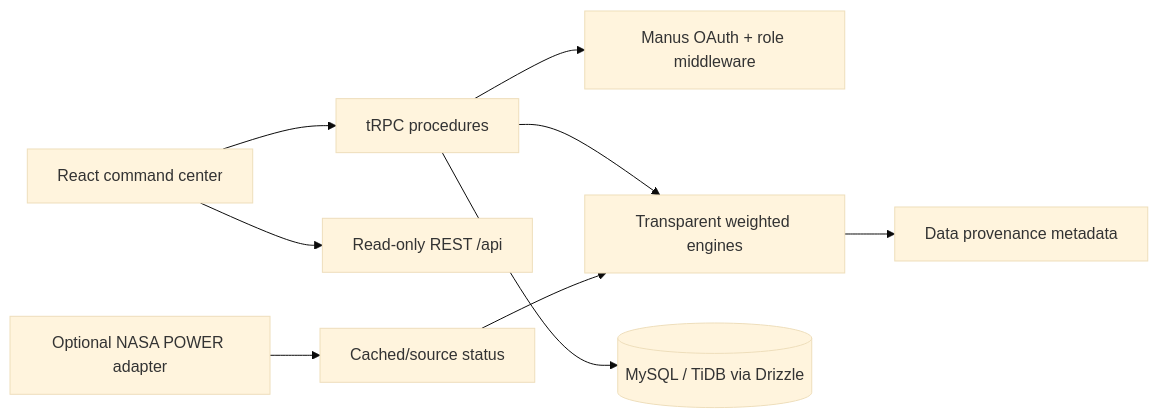
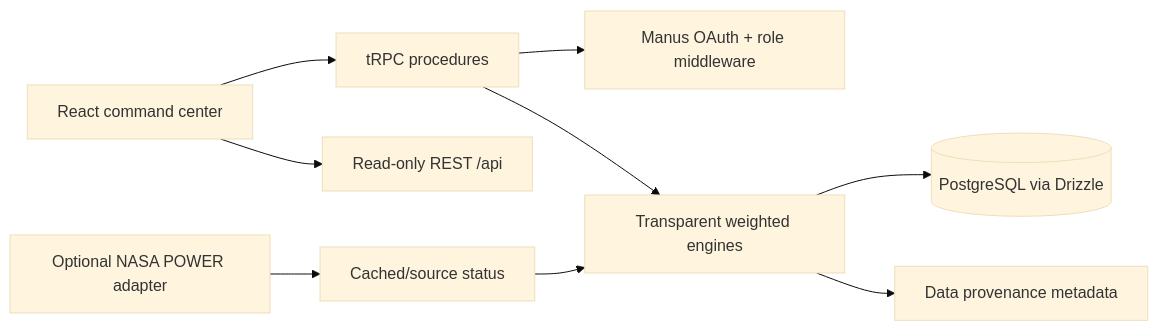
The diagram in README.md (its-krush/himalayan_spring_recharge_network), drawn with Mermaid (base theme) before and after one commit. The commit also changed other lines of this file and 17 other files, not shown here.

Commit message:
Migrate persistence to PostgreSQL and harden Render deploy

````diff
--- a/README.md
+++ b/README.md
@@ -15,11 +15,11 @@
 ```mermaid
 flowchart LR
   UI[React command center] --> RPC[tRPC procedures]
   UI --> REST[Read-only REST /api]
   RPC --> AUTH[Manus OAuth + role middleware]
   RPC --> ENGINE[Transparent weighted engines]
-  RPC --> DB[(MySQL / TiDB via Drizzle)]
+  ENGINE --> DB[(PostgreSQL via Drizzle)]
   ENGINE --> PROV[Data provenance metadata]
   INGEST[Optional NASA POWER adapter] --> CACHE[Cached/source status]
   CACHE --> ENGINE
 ```
````
